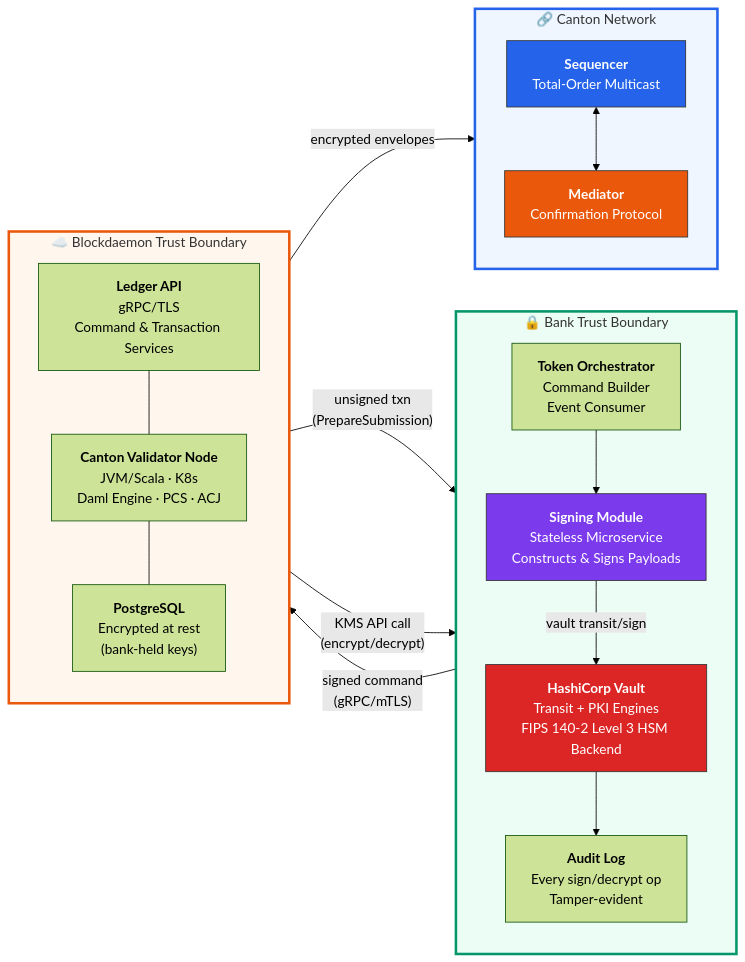
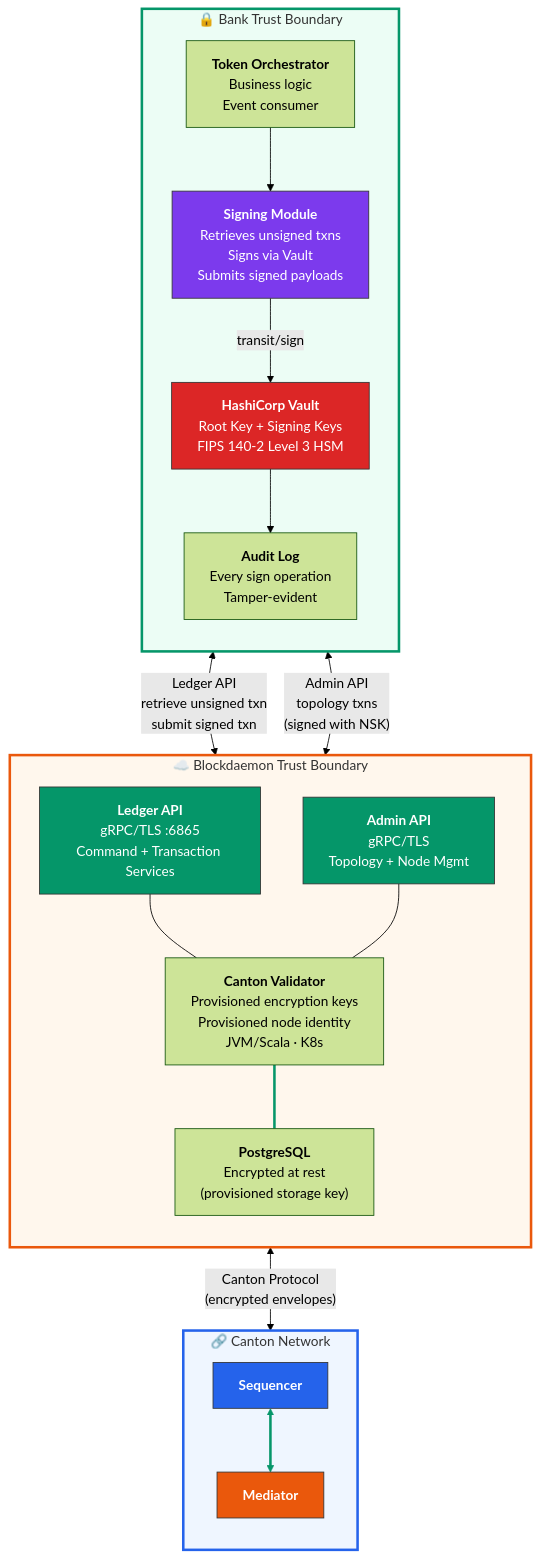
One commit to sickle5stone/canton changed the second of 8 diagrams in vault-blockdaemon-kms-architecture.md. Above: the diagram before and after it, drawn with Mermaid (forest theme). The commit also changed other lines of this file and 5 other files, not shown here.

First line of the commit message:
Rewrite KMS architecture: one-time key provisioning with full segregation

````diff
--- a/vault-blockdaemon-kms-architecture.md
+++ b/vault-blockdaemon-kms-architecture.md
@@ -69,44 +77,50 @@
 ```mermaid
-graph LR
+graph TB
     subgraph BANK["🔒 Bank Trust Boundary"]
         direction TB
-        VAULT_SVC["<b>HashiCorp Vault</b><br/>Transit + PKI Engines<br/>FIPS 140-2 Level 3 HSM Backend"]
-        SIGNER["<b>Signing Module</b><br/>Stateless Microservice<br/>Constructs & Signs Payloads"]
-        ORCH["<b>Token Orchestrator</b><br/>Command Builder<br/>Event Consumer"]
-        AUDIT["<b>Audit Log</b><br/>Every sign/decrypt op<br/>Tamper-evident"]
+        VAULT_SVC["<b>HashiCorp Vault</b><br/>Root Key + Signing Keys<br/>FIPS 140-2 Level 3 HSM"]
+        SIGNER["<b>Signing Module</b><br/>Retrieves unsigned txns<br/>Signs via Vault<br/>Submits signed payloads"]
+        ORCH["<b>Token Orchestrator</b><br/>Business logic<br/>Event consumer"]
+        AUDIT["<b>Audit Log</b><br/>Every sign operation<br/>Tamper-evident"]
 
         ORCH --> SIGNER
-        SIGNER -->|"vault transit/sign"| VAULT_SVC
+        SIGNER -->|"transit/sign"| VAULT_SVC
         VAULT_SVC --> AUDIT
     end
 
     subgraph BD["☁️ Blockdaemon Trust Boundary"]
         direction TB
-        LAPI["<b>Ledger API</b><br/>gRPC/TLS<br/>Command & Transaction Services"]
-        VALIDATOR["<b>Canton Validator Node</b><br/>JVM/Scala · K8s<br/>Daml Engine · PCS · ACJ"]
-        PG["<b>PostgreSQL</b><br/>Encrypted at rest<br/>(bank-held keys)"]
+        LAPI["<b>Ledger API</b><br/>gRPC/TLS :6865<br/>Command + Transaction Services"]
+        AAPI["<b>Admin API</b><br/>gRPC/TLS<br/>Topology + Node Mgmt"]
+        VALIDATOR["<b>Canton Validator</b><br/>Provisioned encryption keys<br/>Provisioned node identity<br/>JVM/Scala · K8s"]
+        PG["<b>PostgreSQL</b><br/>Encrypted at rest<br/>(provisioned storage key)"]
 
         LAPI --- VALIDATOR
+        AAPI --- VALIDATOR
         VALIDATOR --- PG
     end
 
     subgraph CANTON["🔗 Canton Network"]
         direction TB
-        SEQ["<b>Sequencer</b><br/>Total-Order Multicast"]
-        MED["<b>Mediator</b><br/>Confirmation Protocol"]
+        SEQ["<b>Sequencer</b>"]
+        MED["<b>Mediator</b>"]
+        SEQ <--> MED
     end
 
-    SIGNER -->|"signed command<br/>(gRPC/mTLS)"| LAPI
-    LAPI -->|"unsigned txn<br/>(PrepareSubmission)"| SIGNER
-    VALIDATOR -->|"KMS API call<br/>(encrypt/decrypt)"| VAULT_SVC
-    VALIDATOR -->|"encrypted envelopes"| SEQ
-    SEQ <--> MED
+    SIGNER <-->|"Ledger API<br/>retrieve unsigned txn<br/>submit signed txn"| LAPI
+    SIGNER <-->|"Admin API<br/>topology txns<br/>(signed with NSK)"| AAPI
+    VALIDATOR <-->|"Canton Protocol<br/>(encrypted envelopes)"| SEQ
+
+    linkStyle 5 stroke:#059669,stroke-width:3px
+    linkStyle 6 stroke:#059669,stroke-width:3px
 
     style BANK fill:#ecfdf5,stroke:#059669,stroke-width:3px
     style BD fill:#fff7ed,stroke:#ea580c,stroke-width:3px
     style CANTON fill:#eff6ff,stroke:#2563eb,stroke-width:3px
     style VAULT_SVC fill:#dc2626,stroke:#333,color:#fff
     style SIGNER fill:#7c3aed,stroke:#333,color:#fff
+    style LAPI fill:#059669,stroke:#333,color:#fff
+    style AAPI fill:#059669,stroke:#333,color:#fff
     style SEQ fill:#2563eb,stroke:#333,color:#fff
     style MED fill:#ea580c,stroke:#333,color:#fff
 ```
````
